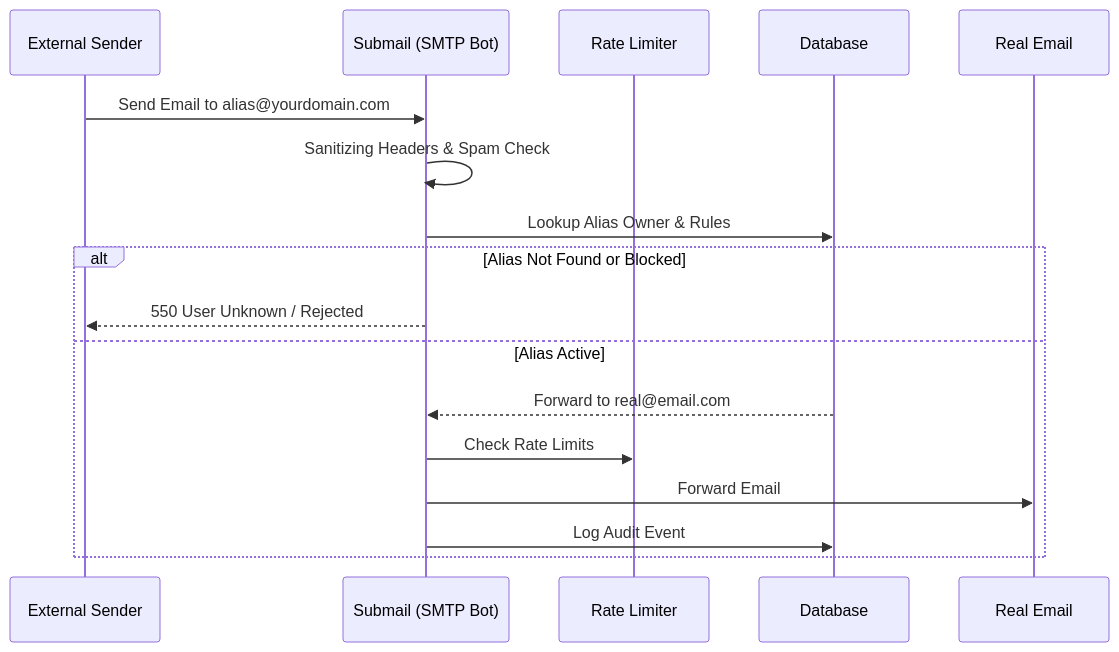
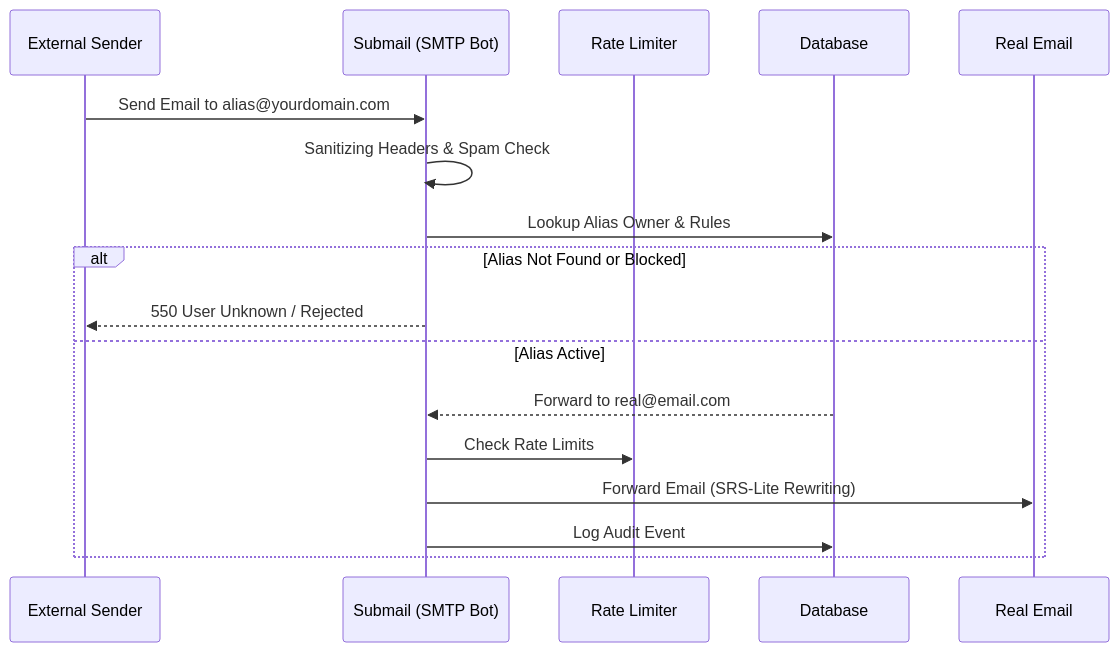
Before and after one commit to minseo0388/submail: the diagram in README.md, drawn with Mermaid. The commit also changed other lines of this file and 1 other file, not shown here.

````diff
--- a/README.md
+++ b/README.md
@@ -27,21 +27,21 @@
 ```mermaid
 sequenceDiagram
     participant Sender as External Sender
     participant SMTP as Submail (SMTP Bot)
     participant Redis as Rate Limiter
     participant DB as Database
     participant Receiver as Real Email
 
     Sender->>SMTP: Send Email to alias@yourdomain.com
     SMTP->>SMTP: Sanitizing Headers & Spam Check
     SMTP->>DB: Lookup Alias Owner & Rules
     
     alt Alias Not Found or Blocked
         SMTP-->>Sender: 550 User Unknown / Rejected
     else Alias Active
         DB-->>SMTP: Forward to real@email.com
         SMTP->>Redis: Check Rate Limits
-        SMTP->>Receiver: Forward Email
+        SMTP->>Receiver: Forward Email (SRS-Lite Rewriting)
         SMTP->>DB: Log Audit Event
     end
 ```
````
